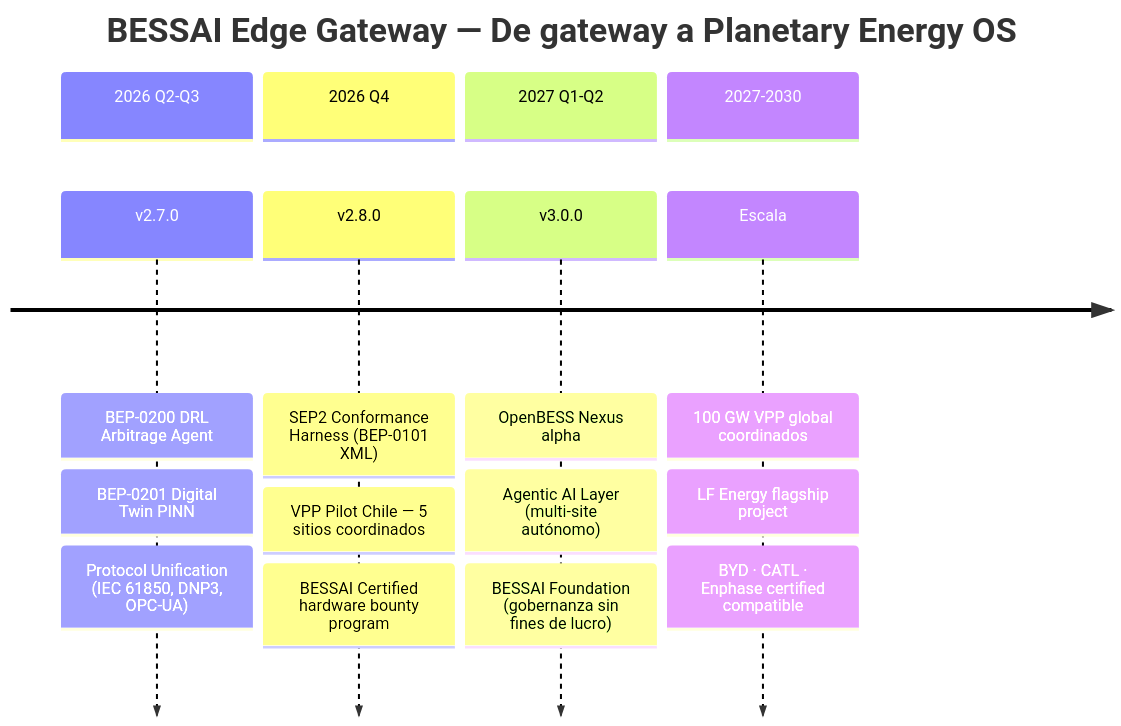
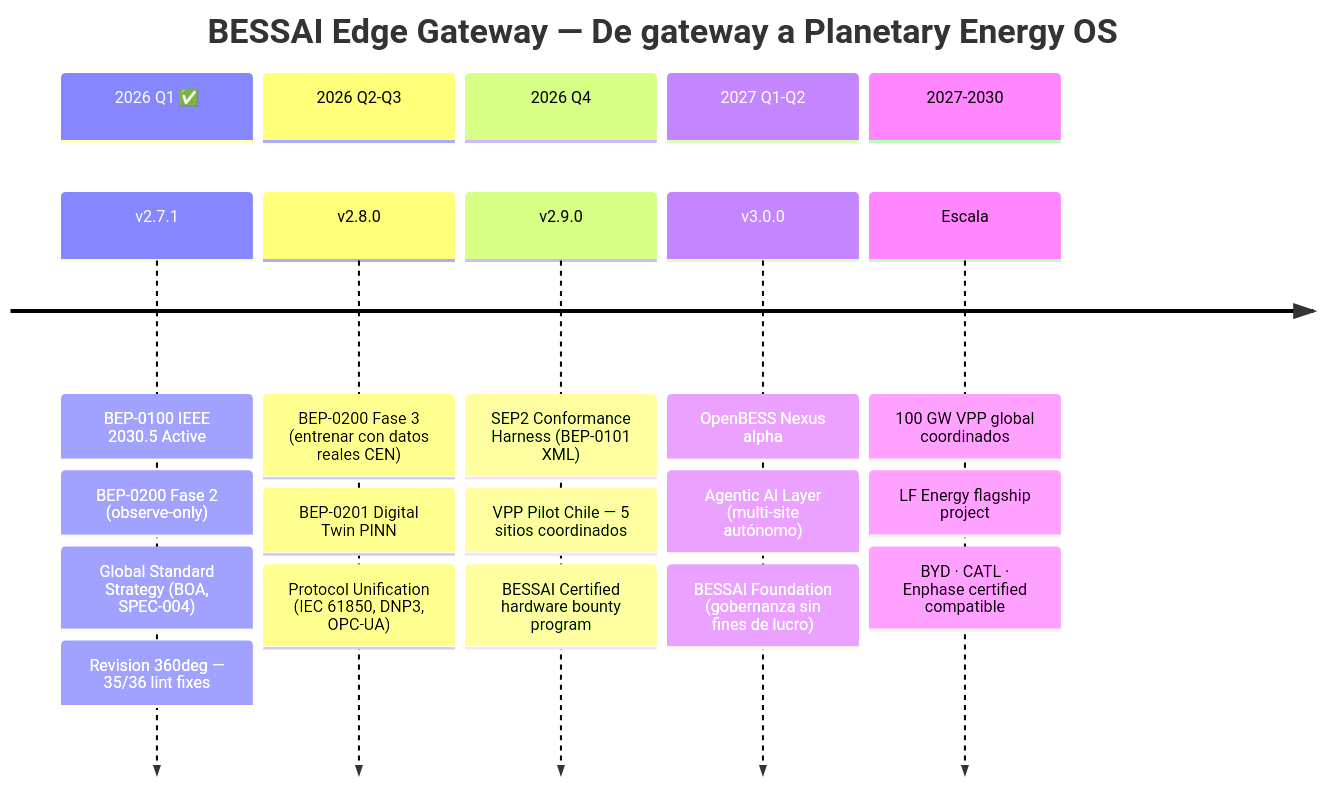
Before and after one commit to bess-solutions/open-bess-edge: the diagram in docs/ROADMAP.md, drawn with Mermaid. The commit also changed other lines of this file and 1 other file, not shown here.

First line of the commit message:
docs(v2.7.1): update README and ROADMAP to reflect current state

````diff
--- a/docs/ROADMAP.md
+++ b/docs/ROADMAP.md
@@ -24,20 +25,25 @@
 ```mermaid
 timeline
     title BESSAI Edge Gateway — De gateway a Planetary Energy OS
+    section 2026 Q1 ✅
+        v2.7.1 : BEP-0100 IEEE 2030.5 Active
+               : BEP-0200 Fase 2 (observe-only)
+               : Global Standard Strategy (BOA, SPEC-004)
+               : Revision 360deg — 35/36 lint fixes
     section 2026 Q2-Q3
-        v2.7.0 : BEP-0200 DRL Arbitrage Agent
+        v2.8.0 : BEP-0200 Fase 3 (entrenar con datos reales CEN)
                : BEP-0201 Digital Twin PINN
                : Protocol Unification (IEC 61850, DNP3, OPC-UA)
     section 2026 Q4
-        v2.8.0 : SEP2 Conformance Harness (BEP-0101 XML)
+        v2.9.0 : SEP2 Conformance Harness (BEP-0101 XML)
                : VPP Pilot Chile — 5 sitios coordinados
                : BESSAI Certified hardware bounty program
     section 2027 Q1-Q2
         v3.0.0 : OpenBESS Nexus alpha
                : Agentic AI Layer (multi-site autónomo)
                : BESSAI Foundation (gobernanza sin fines de lucro)
     section 2027-2030
         Escala : 100 GW VPP global coordinados
                : LF Energy flagship project
                : BYD · CATL · Enphase certified compatible
 ```
````
